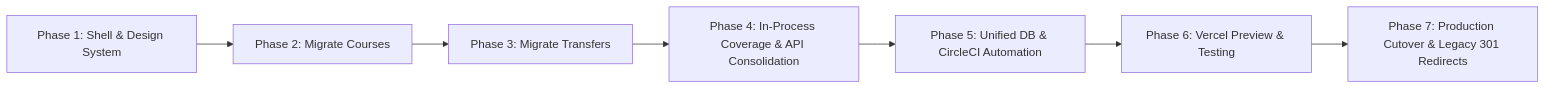
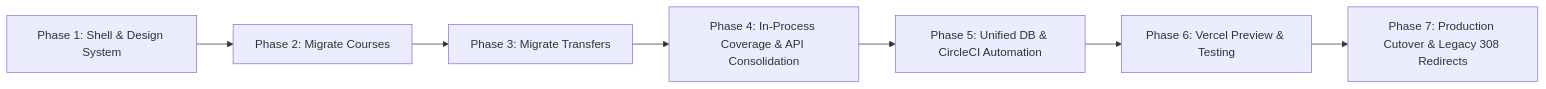
The third of 3 diagrams in docs/migration/inventory.md (andrewtryder/snhu-tools), drawn with Mermaid before and after one commit. The commit also changed other lines of this file and 24 other files, not shown here.

````diff
--- a/docs/migration/inventory.md
+++ b/docs/migration/inventory.md
@@ -657,9 +658,9 @@
 ```mermaid
 graph LR
     P1[Phase 1: Shell & Design System] --> P2[Phase 2: Migrate Courses]
     P2 --> P3[Phase 3: Migrate Transfers]
     P3 --> P4[Phase 4: In-Process Coverage & API Consolidation]
     P4 --> P5[Phase 5: Unified DB & CircleCI Automation]
     P5 --> P6[Phase 6: Vercel Preview & Testing]
-    P6 --> P7[Phase 7: Production Cutover & Legacy 301 Redirects]
+    P6 --> P7[Phase 7: Production Cutover & Legacy 308 Redirects]
 ```
````
